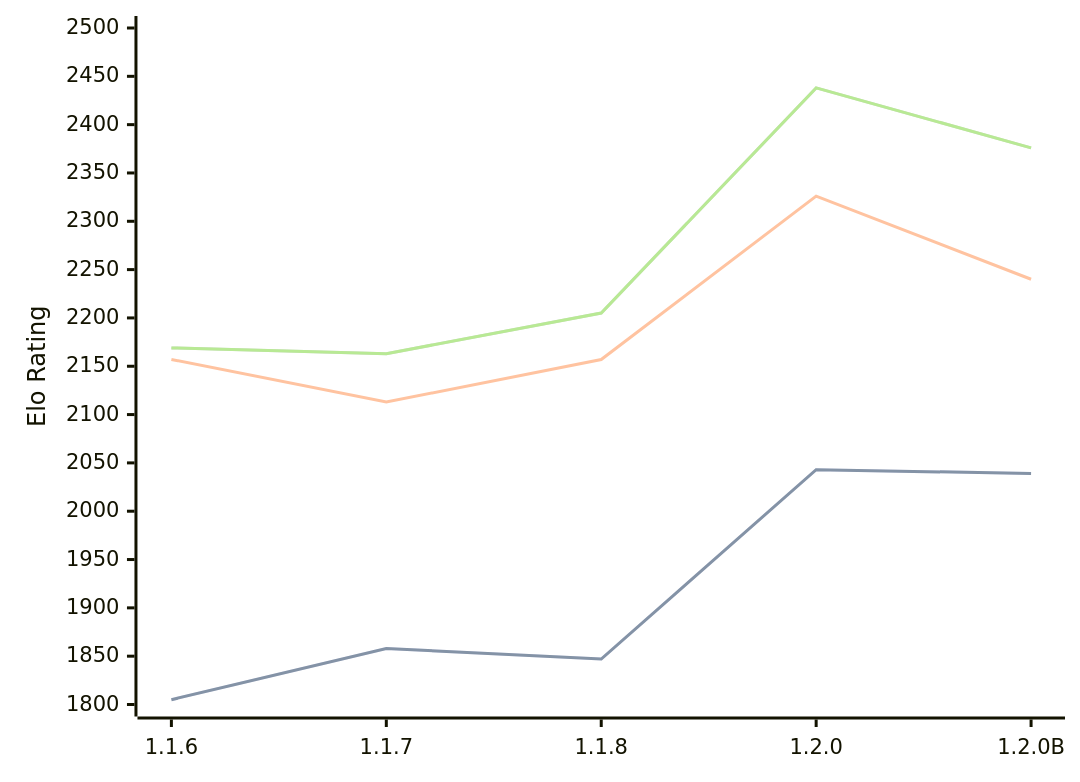
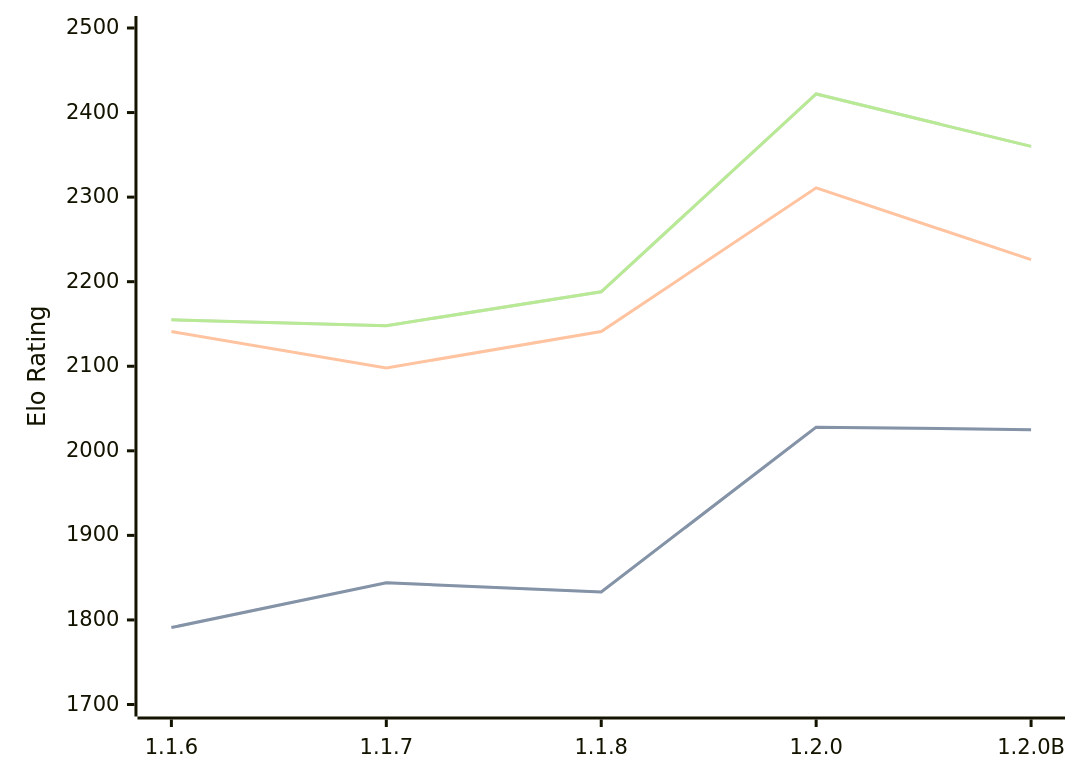
Before and after one commit to computer-chess-index/cci: the diagram in engines/Soomi.md, drawn with Mermaid. The commit also changed other lines of this file, not shown here.

Commit message:
Update CCI Ratings (ELO VLTC) - 2026-05-20

````diff
--- a/engines/Soomi.md
+++ b/engines/Soomi.md
@@ -35,11 +35,11 @@
 ```mermaid
 %%{init: {"theme":"base","themeVariables":{"seriesColors:['#a3a3a3','#222221','#faa371']}}}%%
 xychart-beta
   x-axis ["1.1.6", "1.1.7", "1.1.8", "1.2.0", "1.2.0B"]
-  y-axis "Elo Rating" 1800 --> 2500
-  line "STC (8.0+0.08s)" [1805, 1858, 1847, 2043, 2039]
-  line "STC (8.0+0.08s)" [1805, 1858, 1847, 2043, 2039]
-  line "LTC (60.0+0.60s)" [2157, 2113, 2157, 2326, 2240]
-  line "VLTC (2m24s+1.12s)" [2169, 2163, 2205, 2438, 2376]
-  line "VLTC (2m24s+1.12s)" [2169, 2163, 2205, 2438, 2376]
+  y-axis "Elo Rating" 1700 --> 2500
+  line "STC (8.0+0.08s)" [1791, 1844, 1833, 2028, 2025]
+  line "STC (8.0+0.08s)" [1791, 1844, 1833, 2028, 2025]
+  line "LTC (60.0+0.60s)" [2141, 2098, 2141, 2311, 2226]
+  line "VLTC (2m24s+1.12s)" [2155, 2148, 2188, 2422, 2360]
+  line "VLTC (2m24s+1.12s)" [2155, 2148, 2188, 2422, 2360]
 ```
````
